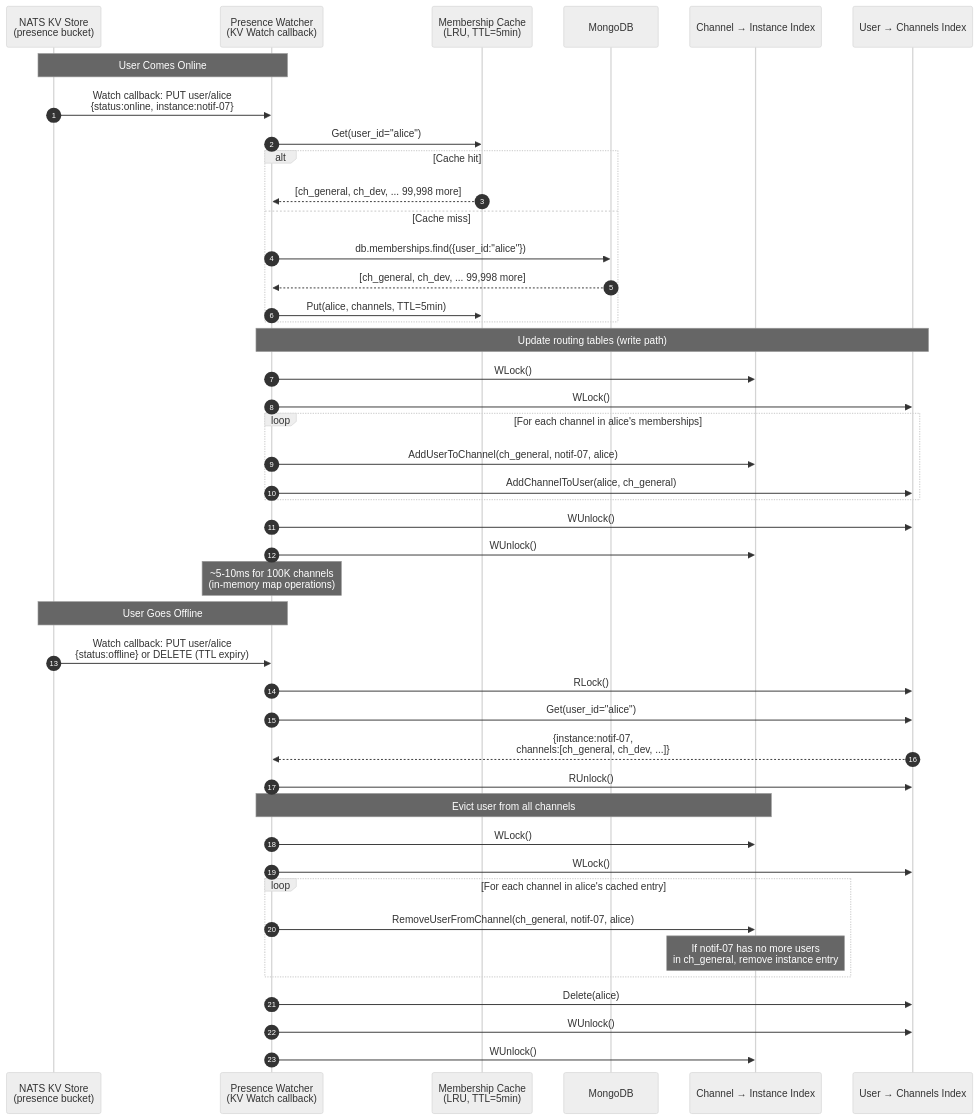
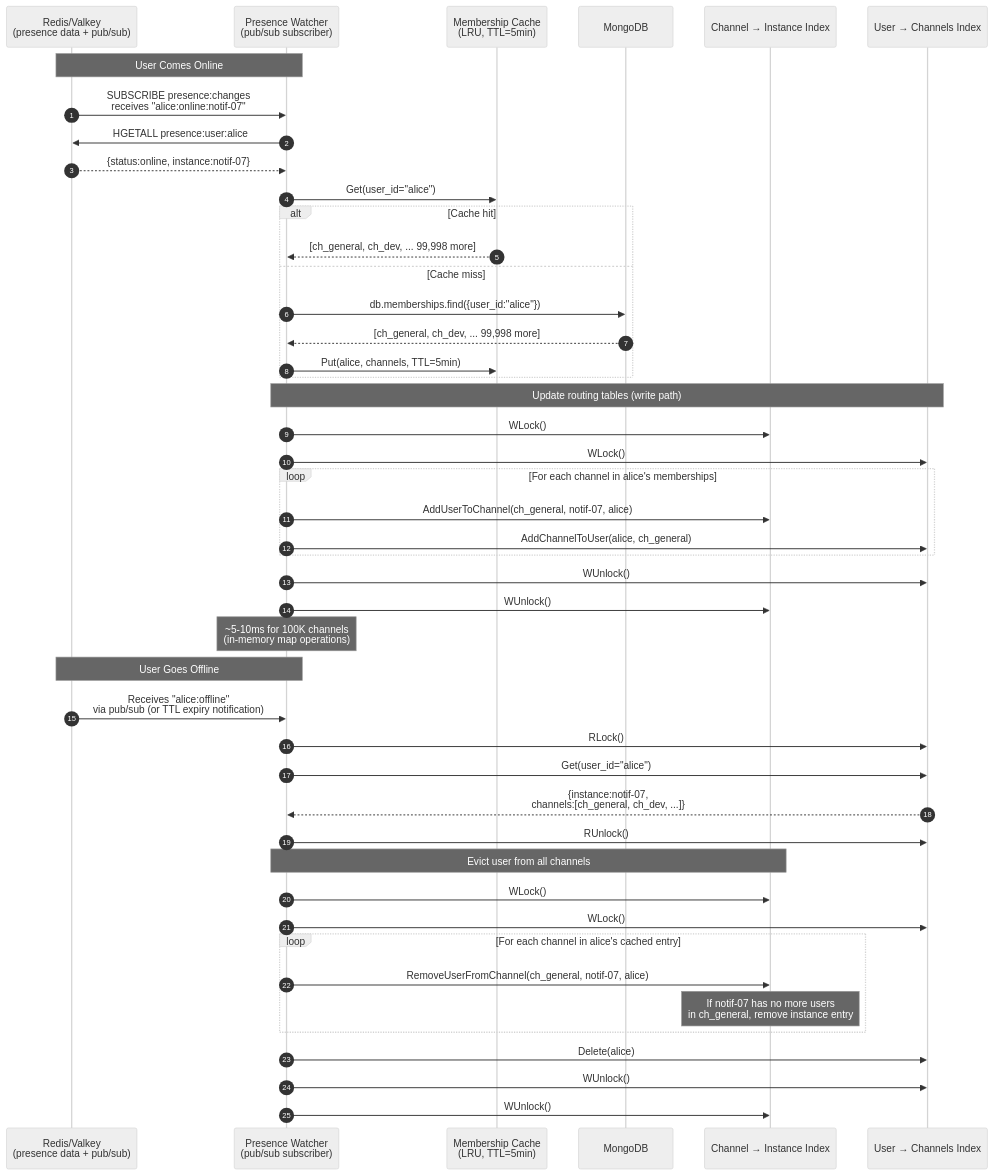
One commit to julianshen/chatconcept changed the eighth of 10 diagrams in docs/diagrams/sequence-diagrams.md. Above: the diagram before and after it, drawn with Mermaid (neutral theme). The commit also changed other lines of this file and 14 other files, not shown here.

First line of the commit message:
docs: replace NATS KV with Redis/Valkey for ephemeral state

````diff
--- a/docs/diagrams/sequence-diagrams.md
+++ b/docs/diagrams/sequence-diagrams.md
@@ -350,57 +353,60 @@
 ```mermaid
 sequenceDiagram
     autonumber
-    participant NATSKV as NATS KV Store<br/>(presence bucket)
-    participant Watcher as Presence Watcher<br/>(KV Watch callback)
+    participant Redis as Redis/Valkey<br/>(presence data + pub/sub)
+    participant Watcher as Presence Watcher<br/>(pub/sub subscriber)
     participant Cache as Membership Cache<br/>(LRU, TTL=5min)
     participant MongoDB as MongoDB
     participant ChannelIdx as Channel → Instance Index
     participant UserIdx as User → Channels Index
 
-    Note over NATSKV,Watcher: User Comes Online
-    NATSKV->>Watcher: Watch callback: PUT user/alice<br/>{status:online, instance:notif-07}
+    Note over Redis,Watcher: User Comes Online
+    Redis->>Watcher: SUBSCRIBE presence:changes<br/>receives "alice:online:notif-07"
+
+    Watcher->>Redis: HGETALL presence:user:alice
+    Redis-->>Watcher: {status:online, instance:notif-07}
 
     Watcher->>Cache: Get(user_id="alice")
     alt Cache hit
         Cache-->>Watcher: [ch_general, ch_dev, ... 99,998 more]
     else Cache miss
         Watcher->>MongoDB: db.memberships.find({user_id:"alice"})
         MongoDB-->>Watcher: [ch_general, ch_dev, ... 99,998 more]
         Watcher->>Cache: Put(alice, channels, TTL=5min)
     end
 
     Note over Watcher,UserIdx: Update routing tables (write path)
     Watcher->>ChannelIdx: WLock()
     Watcher->>UserIdx: WLock()
 
     loop For each channel in alice's memberships
         Watcher->>ChannelIdx: AddUserToChannel(ch_general, notif-07, alice)
         Watcher->>UserIdx: AddChannelToUser(alice, ch_general)
     end
 
     Watcher->>UserIdx: WUnlock()
     Watcher->>ChannelIdx: WUnlock()
 
     Note over Watcher: ~5-10ms for 100K channels<br/>(in-memory map operations)
 
-    Note over NATSKV,Watcher: User Goes Offline
-    NATSKV->>Watcher: Watch callback: PUT user/alice<br/>{status:offline} or DELETE (TTL expiry)
+    Note over Redis,Watcher: User Goes Offline
+    Redis->>Watcher: Receives "alice:offline"<br/>via pub/sub (or TTL expiry notification)
 
     Watcher->>UserIdx: RLock()
     Watcher->>UserIdx: Get(user_id="alice")
     UserIdx-->>Watcher: {instance:notif-07,<br/>channels:[ch_general, ch_dev, ...]}
     Watcher->>UserIdx: RUnlock()
 
     Note over Watcher,ChannelIdx: Evict user from all channels
     Watcher->>ChannelIdx: WLock()
     Watcher->>UserIdx: WLock()
 
     loop For each channel in alice's cached entry
         Watcher->>ChannelIdx: RemoveUserFromChannel(ch_general, notif-07, alice)
         Note over ChannelIdx: If notif-07 has no more users<br/>in ch_general, remove instance entry
     end
 
     Watcher->>UserIdx: Delete(alice)
     Watcher->>UserIdx: WUnlock()
     Watcher->>ChannelIdx: WUnlock()
 ```
````
